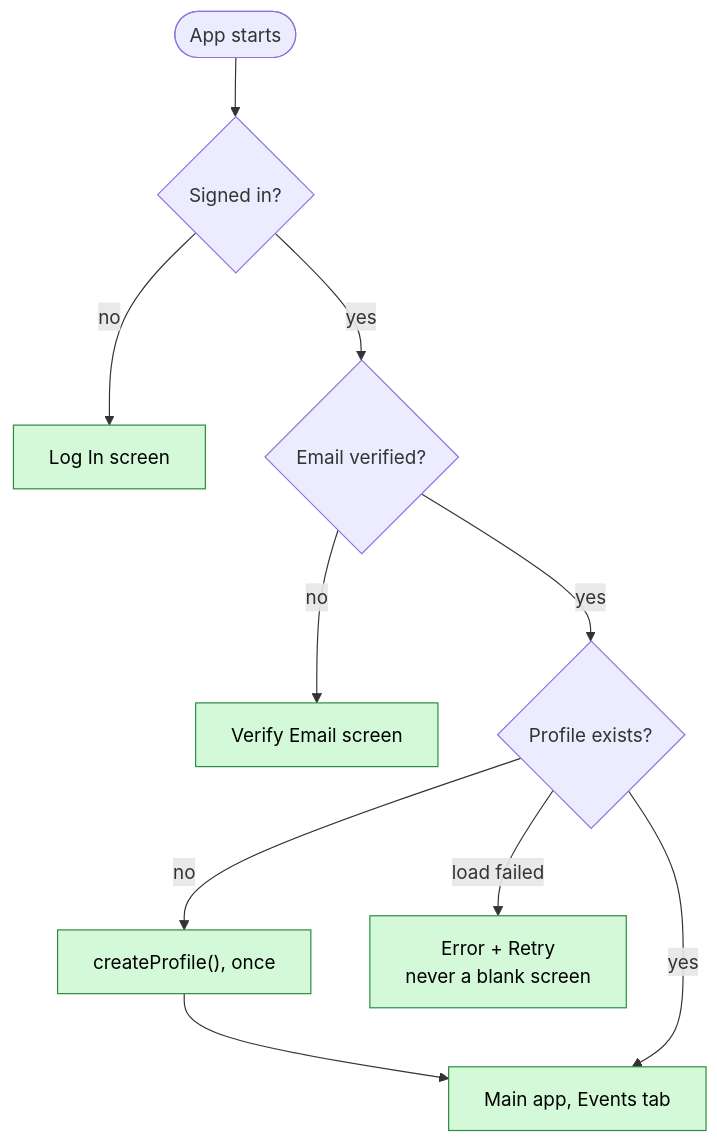
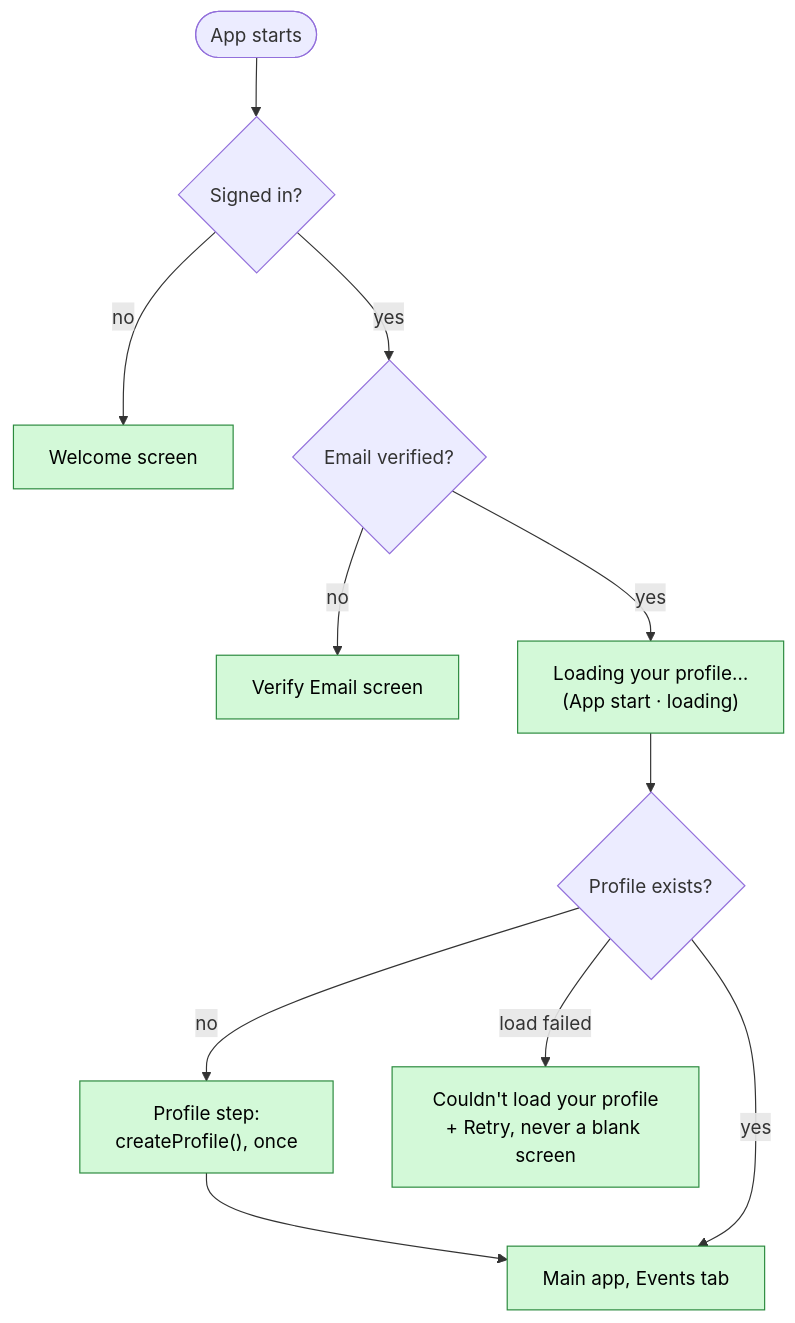
The eighth of 11 diagrams in docs/Architecture-Diagram.md (swent-polysocial/PolySocial), drawn with Mermaid before and after one commit. The commit also changed other lines of this file and 1 other file, not shown here.

````diff
--- a/docs/Architecture-Diagram.md
+++ b/docs/Architecture-Diagram.md
@@ -258,12 +263,12 @@
 ```mermaid
 flowchart TD
   classDef s1 fill:#d3f9d8,stroke:#2b8a3e,color:#000
   start(["App starts"]) --> q1{"Signed in?"}
-  q1 -- no --> login["Log In screen"]:::s1
+  q1 -- no --> welcome["Welcome screen"]:::s1
   q1 -- yes --> q2{"Email verified?"}
   q2 -- no --> verify["Verify Email screen"]:::s1
-  q2 -- yes --> q3{"Profile exists?"}
-  q3 -- no --> create["createProfile(), once"]:::s1 --> main["Main app, Events tab"]:::s1
+  q2 -- yes --> load["Loading your profile…<br/>(App start · loading)"]:::s1 --> q3{"Profile exists?"}
+  q3 -- no --> create["Profile step:<br/>createProfile(), once"]:::s1 --> main["Main app, Events tab"]:::s1
   q3 -- yes --> main
-  q3 -- "load failed" --> err["Error + Retry<br/>never a blank screen"]:::s1
+  q3 -- "load failed" --> err["Couldn't load your profile<br/>+ Retry, never a blank screen"]:::s1
 ```
````
